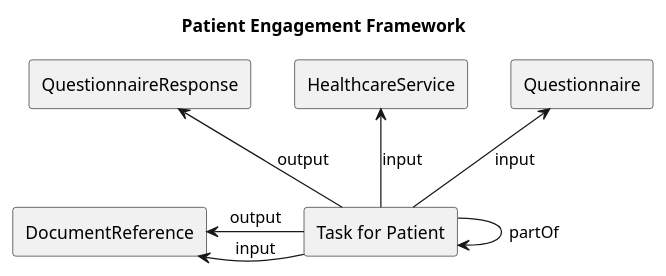
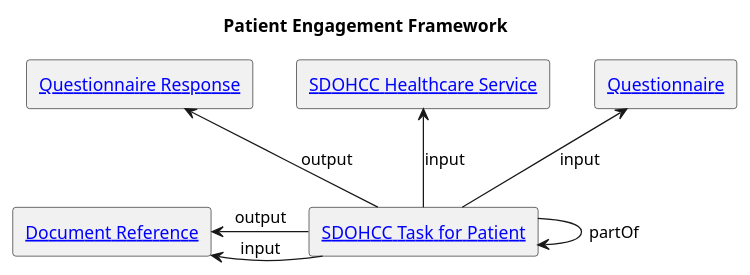
The diagram in input/images-source/PatientEngagementFramework.plantuml (HL7/fhir-sdoh-clinicalcare), drawn with PlantUML before and after one commit. The commit also changed 21 other files, not shown here.

Commit message:
Additional Diagram updates

```diff
--- a/input/images-source/PatientEngagementFramework.plantuml
+++ b/input/images-source/PatientEngagementFramework.plantuml
@@ -1,19 +1,19 @@
 @startuml
 
 title "Patient Engagement Framework"
 
-agent "Task for Patient" as T
-agent  "Questionnaire" as Q
-agent  "HealthcareService" as H
-agent  "DocumentReference" as D
-agent  "QuestionnaireResponse" as QR
+agent "[[StructureDefinition-SDOHCC-TaskForPatient.html SDOHCC Task for Patient]]" as T
+agent  "[[https://hl7.org/fhir/R4/questionnaire.html Questionnaire]]" as Q
+agent  "[[StructureDefinition-SDOHCC-HealthcareService.html SDOHCC Healthcare Service]]" as H
+agent  "[[https://hl7.org/fhir/R4/documentreference.html Document Reference]]" as D
+agent  "[[https://hl7.org/fhir/R4/questionnaireresponse.html Questionnaire Response]]" as QR
 
 
 T -u-> Q : input
 T -u-> H : input
 T -l-> D : input
 T -l-> D : output
 T -u-> QR : output
 T -> T : partOf
 
 @enduml
```
